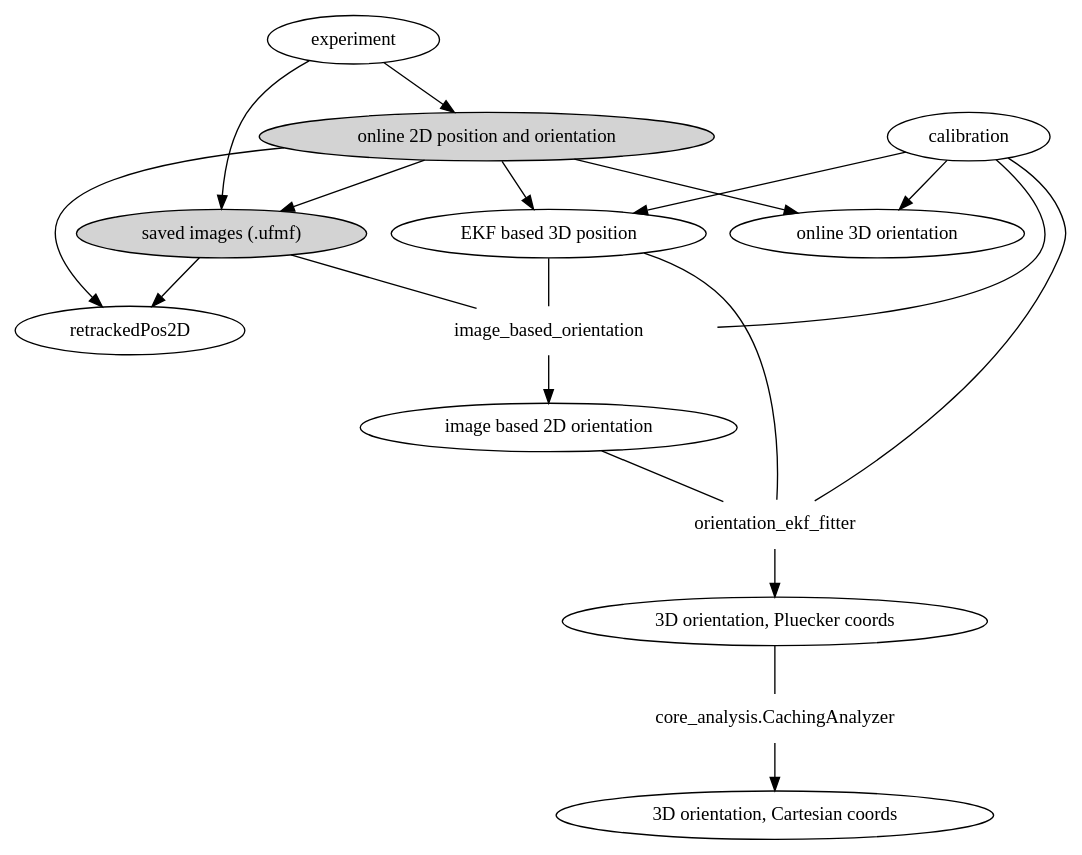
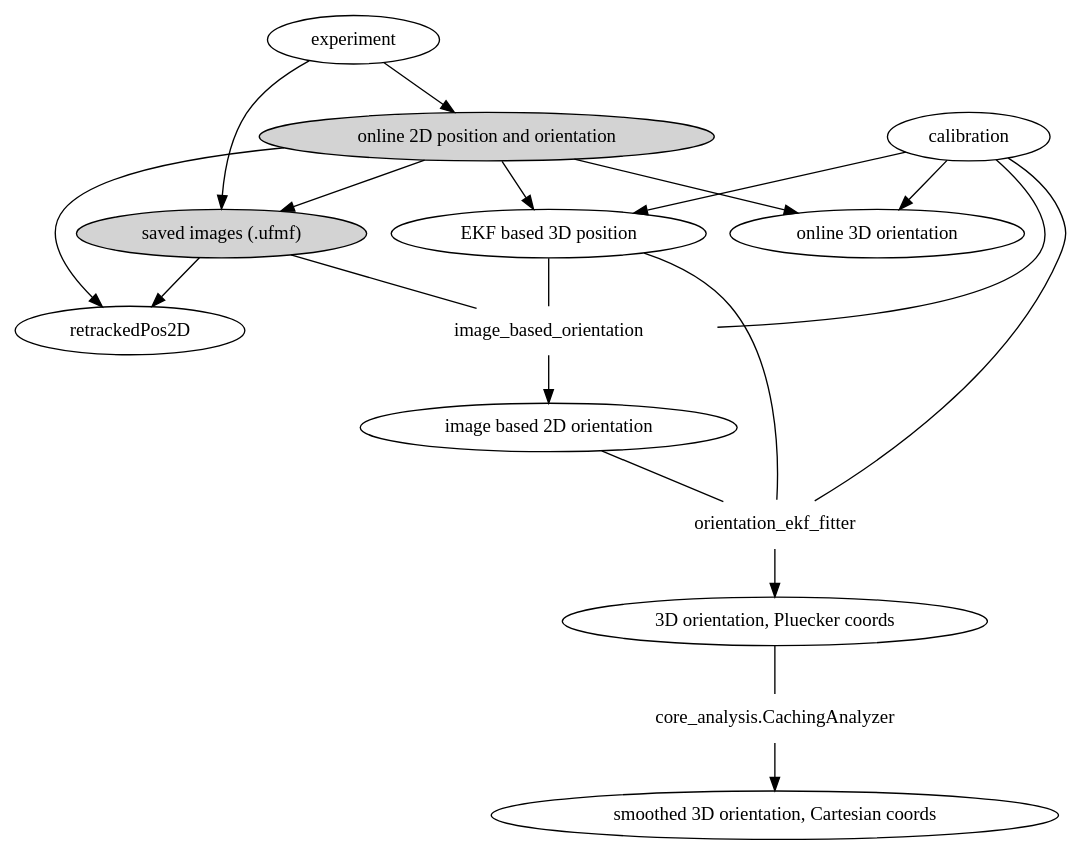
One commit to strawlab/flydra changed the diagram in flydra-sphinx-docs/orientation_data.rst. Above: the diagram before and after it, drawn with Graphviz. The commit also changed 1 other file, not shown here.

Commit message:
docs: improve 3D orienatation stuff

```diff
--- a/flydra-sphinx-docs/orientation_data.rst
+++ b/flydra-sphinx-docs/orientation_data.rst
@@ -6,37 +6,37 @@
 .. graphviz::
 
   strict digraph {
     animals -> onlinePosOri2D;
     animals -> ufmfs;
     onlinePosOri2D -> ufmfs;
     ufmfs -> IBO [ arrowhead="none"];
     imageOri2D -> OEF [ arrowhead="none"];
     onlinePosOri2D -> retrackedPos2D;
     ufmfs -> retrackedPos2D;
     onlinePosOri2D -> ekfPos3D;
     calib -> onlineOri3D;
     calib -> OEF [ arrowhead="none"];
     calib -> ekfPos3D;
     calib -> IBO [ arrowhead="none"];
     ekfPos3D -> OEF [ arrowhead="none"];
     OEF -> Ori3DHZ;
     Ori3DHZ -> core_analysis [ arrowhead="none"];
     core_analysis -> Ori3D;
     ekfPos3D -> IBO [ arrowhead="none"];
     IBO -> imageOri2D;
     onlinePosOri2D -> onlineOri3D;
 
     animals [label="experiment"];
     //    onlinePos2D [label="online 2D position estimation"];
     ufmfs [label="saved images (.ufmf)",style=filled];
     imageOri2D [label="image based 2D orientation"];
     IBO [ label = "image_based_orientation", style=filled,color=white ];
     core_analysis [ label = "core_analysis.CachingAnalyzer", style=filled,color=white ];
     OEF [ label = "orientation_ekf_fitter", style=filled,color=white ];
     Ori3DHZ [label="3D orientation, Pluecker coords"];
-    Ori3D [label="3D orientation, Cartesian coords"];
+    Ori3D [label="smoothed 3D orientation, Cartesian coords"];
     calib [label="calibration"];
     ekfPos3D [label="EKF based 3D position"];
     onlineOri3D [label="online 3D orientation"];
     onlinePosOri2D [label="online 2D position and orientation",style=filled];
   }
```
